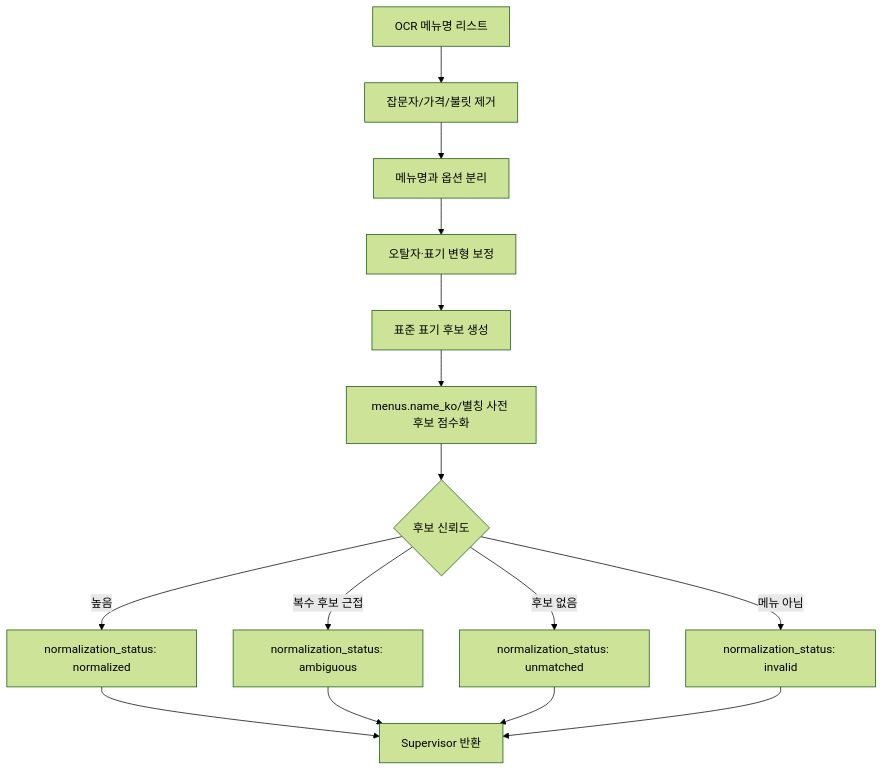
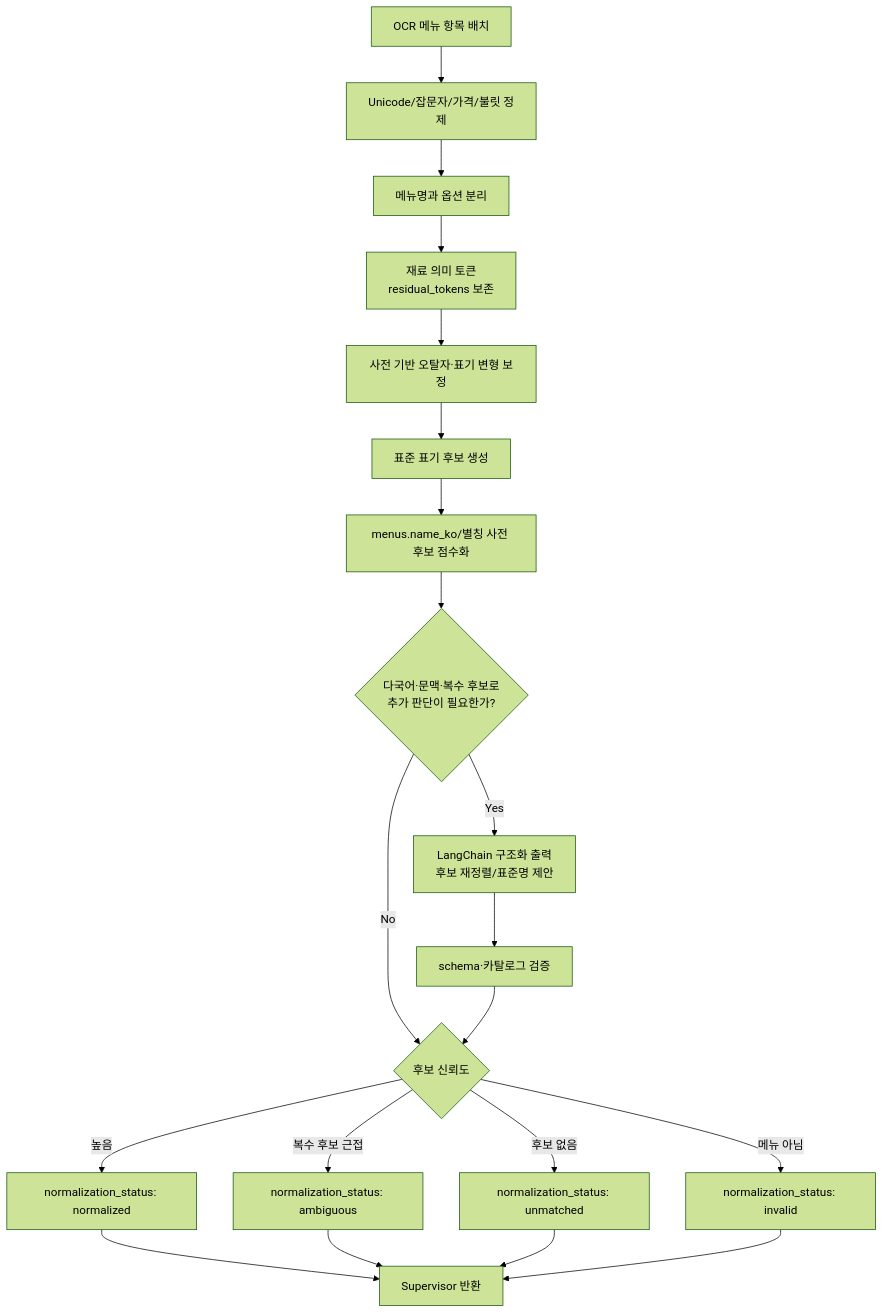
Before and after one commit to Han-Spoon/ai: the diagram in docs/agent-2-normalization.md, drawn with Mermaid (forest theme). The commit also changed other lines of this file and 12 other files, not shown here.

````diff
--- a/docs/agent-2-normalization.md
+++ b/docs/agent-2-normalization.md
@@ -82,17 +111,22 @@
 ```mermaid
 flowchart TD
-    IN["OCR 메뉴명 리스트"] --> CLEAN["잡문자/가격/불릿 제거"]
+    IN["OCR 메뉴 항목 배치"] --> CLEAN["Unicode/잡문자/가격/불릿 정제"]
     CLEAN --> SPLIT["메뉴명과 옵션 분리"]
-    SPLIT --> SPELL["오탈자·표기 변형 보정"]
+    SPLIT --> PRESERVE["재료 의미 토큰<br/>residual_tokens 보존"]
+    PRESERVE --> SPELL["사전 기반 오탈자·표기 변형 보정"]
     SPELL --> CANON["표준 표기 후보 생성"]
     CANON --> SCORE["menus.name_ko/별칭 사전 후보 점수화"]
-    SCORE --> DECIDE{"후보 신뢰도"}
+    SCORE --> NEEDLLM{"다국어·문맥·복수 후보로<br/>추가 판단이 필요한가?"}
+    NEEDLLM -->|Yes| LLM["LangChain 구조화 출력<br/>후보 재정렬/표준명 제안"]
+    NEEDLLM -->|No| DECIDE{"후보 신뢰도"}
+    LLM --> VALIDATE["schema·카탈로그 검증"]
+    VALIDATE --> DECIDE
     DECIDE -->|높음| OK["normalization_status: normalized"]
     DECIDE -->|복수 후보 근접| AMB["normalization_status: ambiguous"]
     DECIDE -->|후보 없음| UNM["normalization_status: unmatched"]
     DECIDE -->|메뉴 아님| INV["normalization_status: invalid"]
     OK --> OUT["Supervisor 반환"]
     AMB --> OUT
     UNM --> OUT
     INV --> OUT
 ```
````
